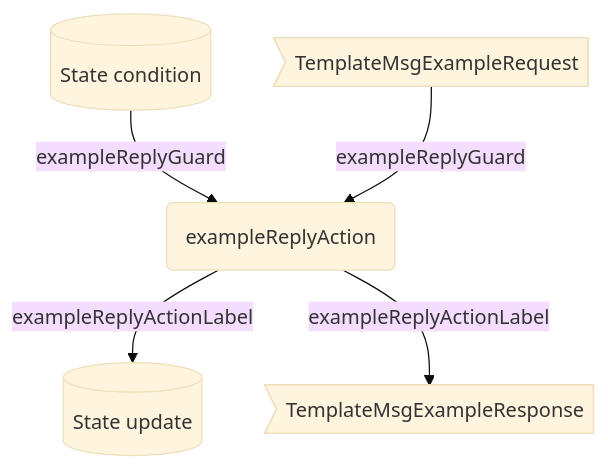
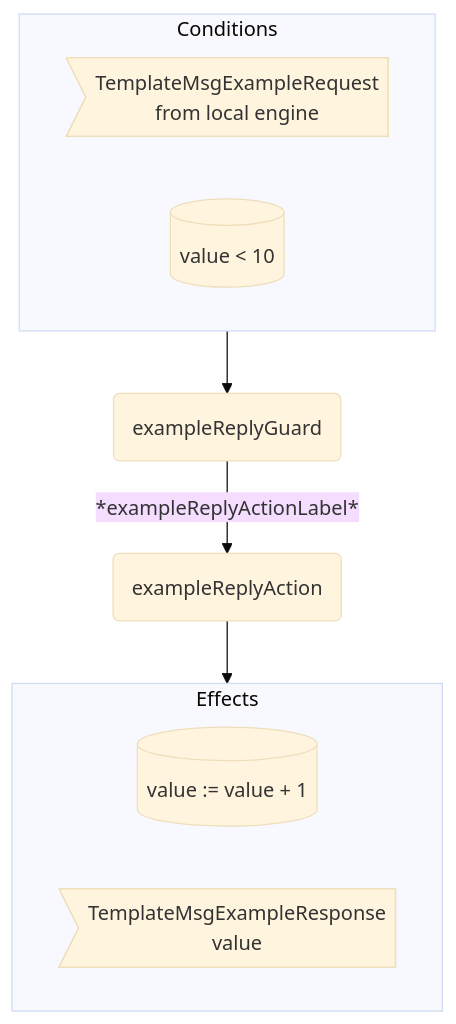
One commit to anoma/nspec changed the second of 2 diagrams in docs/arch/node/engines/template_behaviour.juvix.md. Above: the diagram before and after it, drawn with Mermaid (base theme). The commit also changed other lines of this file and 7 other files, not shown here.

Commit message:
template fixes: diagrams, nav

````diff
--- a/docs/arch/node/engines/template_behaviour.juvix.md
+++ b/docs/arch/node/engines/template_behaviour.juvix.md
@@ -474,10 +481,17 @@
 ```mermaid
 flowchart TD
-  CM>TemplateMsgExampleRequest]
-  CS[(State condition)]
+  subgraph C[Conditions]
+    CMsg>TemplateMsgExampleRequest<br/>from local engine]
+    CEnv[(value < 10)]
+  end
+
+  G(exampleReplyGuard)
   A(exampleReplyAction)
-  ES[(State update)]
-  EM>TemplateMsgExampleResponse]
 
-  CS & CM --exampleReplyGuard--> A --exampleReplyActionLabel--> ES & EM
+  C --> G -- *exampleReplyActionLabel* --> A --> E
+
+  subgraph E[Effects]
+    EEnv[(value := value + 1)]
+    EMsg>TemplateMsgExampleResponse<br/>value]
+  end
 ```
````
